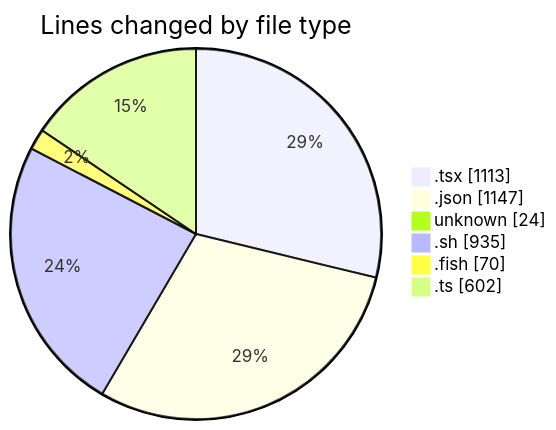
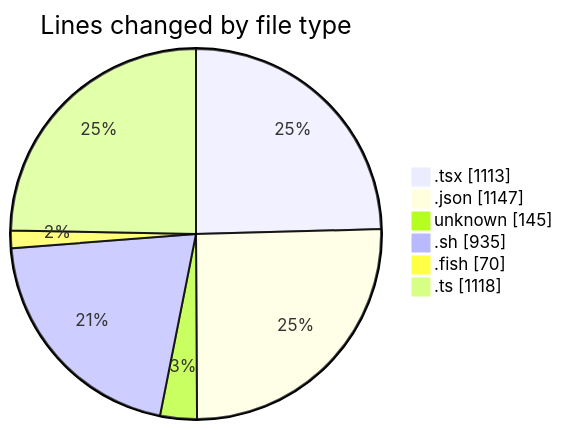
The first of 2 diagrams in 2025-07-17/ribbon/README.md (EIIisD/code-tracking), drawn with Mermaid before and after one commit. The commit also changed other lines of this file and 1 other file, not shown here.

````diff
--- a/2025-07-17/ribbon/README.md
+++ b/2025-07-17/ribbon/README.md
@@ -41,10 +44,10 @@
 ```mermaid
 pie showData
 title Lines changed by file type
 ".tsx" : 1113
 ".json" : 1147
-"unknown" : 24
+"unknown" : 145
 ".sh" : 935
 ".fish" : 70
-".ts" : 602
+".ts" : 1118
 ```
````
